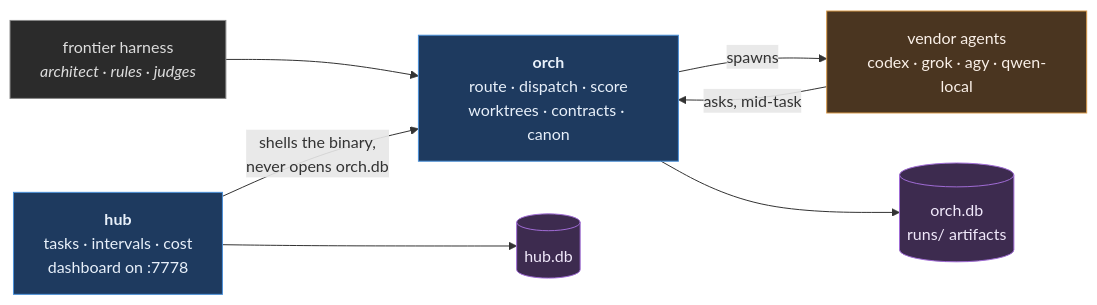
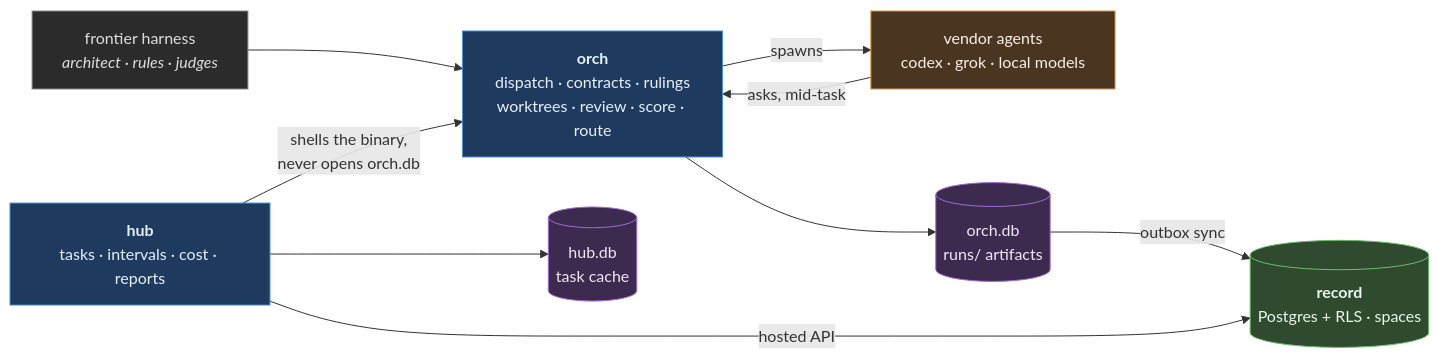
The diagram in README.md (modstudio/bottega), drawn with Mermaid before and after one commit. The commit also changed other lines of this file, not shown here.

Commit message:
DEV-889 README states the current architecture: local execution, hosted record, current agents and concerns

````diff
--- a/README.md
+++ b/README.md
@@ -20,21 +20,25 @@
 ```mermaid
 flowchart LR
     H["frontier harness<br/><i>architect · rules · judges</i>"]:::h
-    O["<b>orch</b><br/>route · dispatch · score<br/>worktrees · contracts · canon"]:::c
-    U["<b>hub</b><br/>tasks · intervals · cost<br/>dashboard on :7778"]:::c
-    W["vendor agents<br/>codex · grok · agy · qwen-local"]:::e
+    O["<b>orch</b><br/>dispatch · contracts · rulings<br/>worktrees · review · score · route"]:::c
+    U["<b>hub</b><br/>tasks · intervals · cost · reports"]:::c
+    W["vendor agents<br/>codex · grok · local models"]:::e
     OD[("orch.db<br/>runs/ artifacts")]:::s
-    HD[("hub.db")]:::s
+    HD[("hub.db<br/>task cache")]:::s
+    RC[("<b>record</b><br/>Postgres + RLS · spaces")]:::r
 
     H --> O
     O -- spawns --> W
     W -- "asks, mid-task" --> O
     O --> OD
     U --> HD
     U -- "shells the binary,<br/>never opens orch.db" --> O
+    OD -- "outbox sync" --> RC
+    U -- "hosted API" --> RC
 
     classDef h fill:#2b2b2b,stroke:#888,color:#ddd
     classDef c fill:#1e3a5f,stroke:#4a90d9,color:#e8f0fa
     classDef s fill:#3d2b4f,stroke:#a06cd5,color:#f0e8fa
+    classDef r fill:#2f4a2f,stroke:#6cbf6c,color:#eaf7ea
     classDef e fill:#4a3520,stroke:#d99a4a,color:#faf0e8
 ```
````
